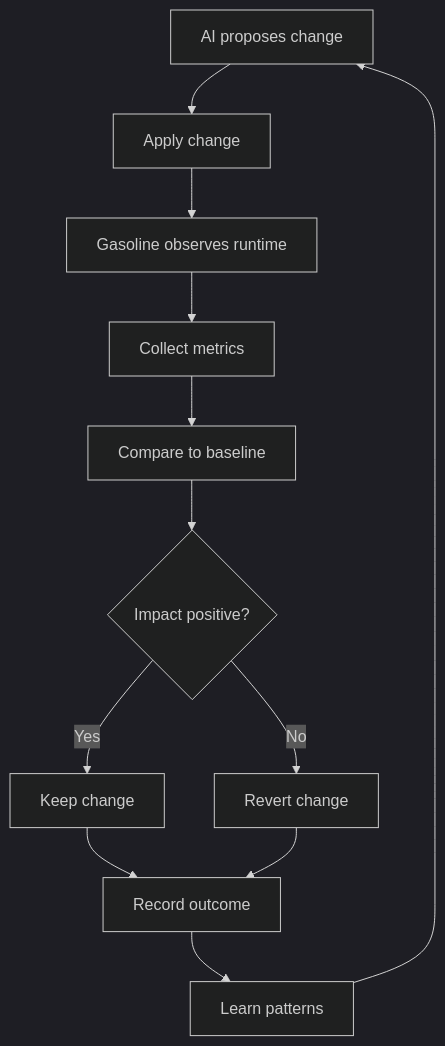
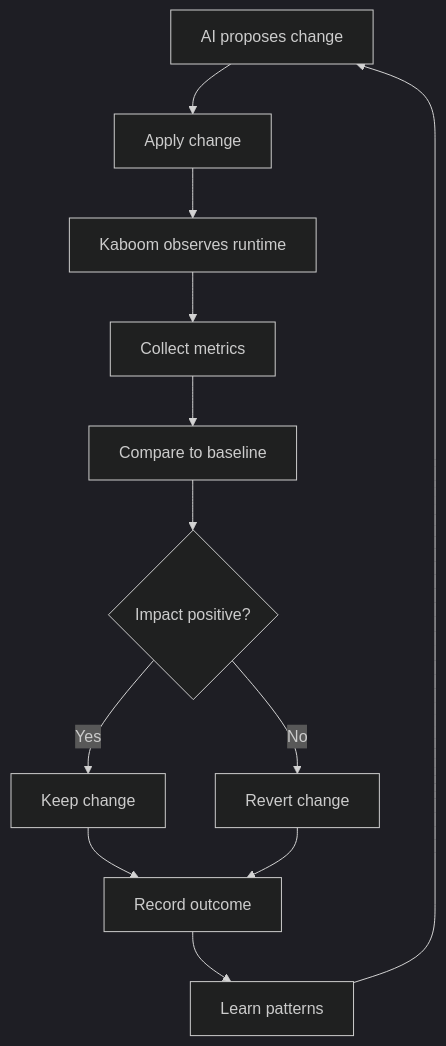
Before and after one commit to brennhill/gasoline-mcp-ai-devtools: the diagram in docs/.speculative/runtime-feedback-for-ai.md, drawn with Mermaid (dark theme). The commit also changed other lines of this file and 1983 other files, not shown here.

````diff
--- a/docs/.speculative/runtime-feedback-for-ai.md
+++ b/docs/.speculative/runtime-feedback-for-ai.md
@@ -326,14 +326,14 @@
 ```mermaid
 graph TD
     A[AI proposes change] --> B[Apply change]
-    B --> C[Gasoline observes runtime]
+    B --> C[Kaboom observes runtime]
     C --> D[Collect metrics]
     D --> E[Compare to baseline]
     E --> F{Impact positive?}
     F -->|Yes| G[Keep change]
     F -->|No| H[Revert change]
     G --> I[Record outcome]
     H --> I
     I --> J[Learn patterns]
     J --> A
 ```
````
